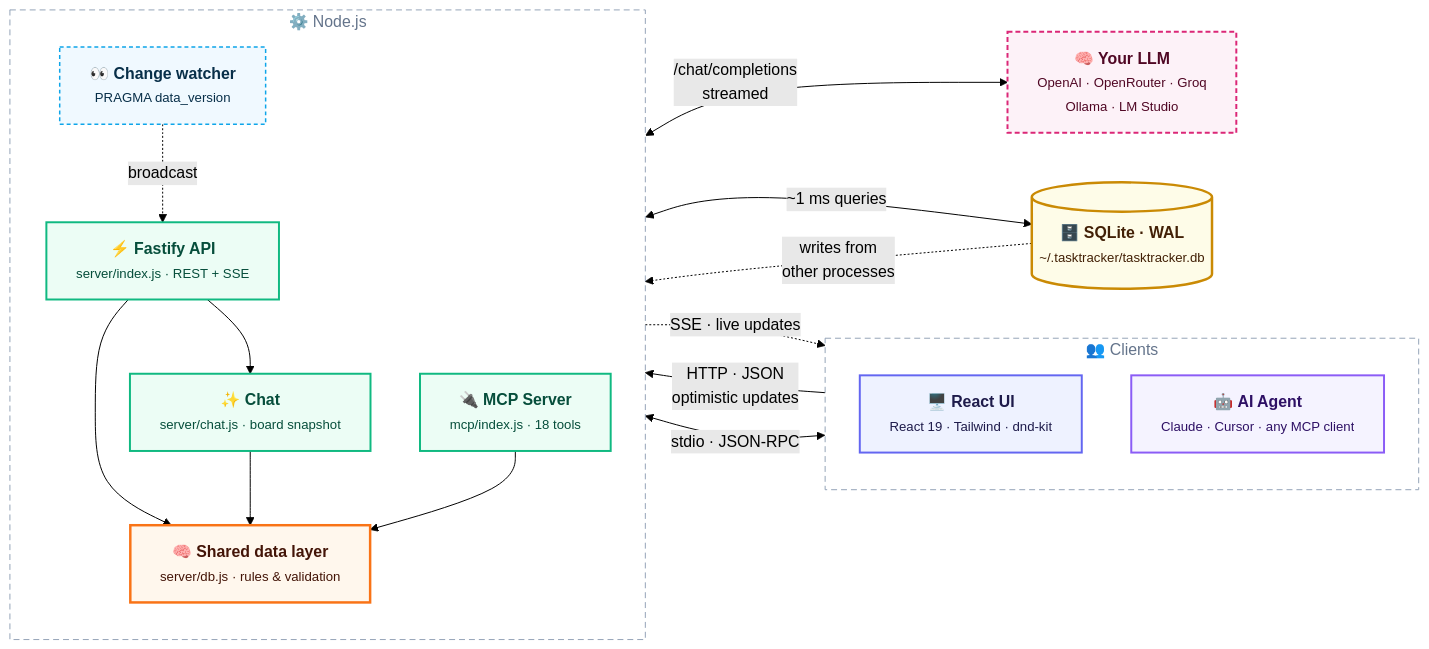
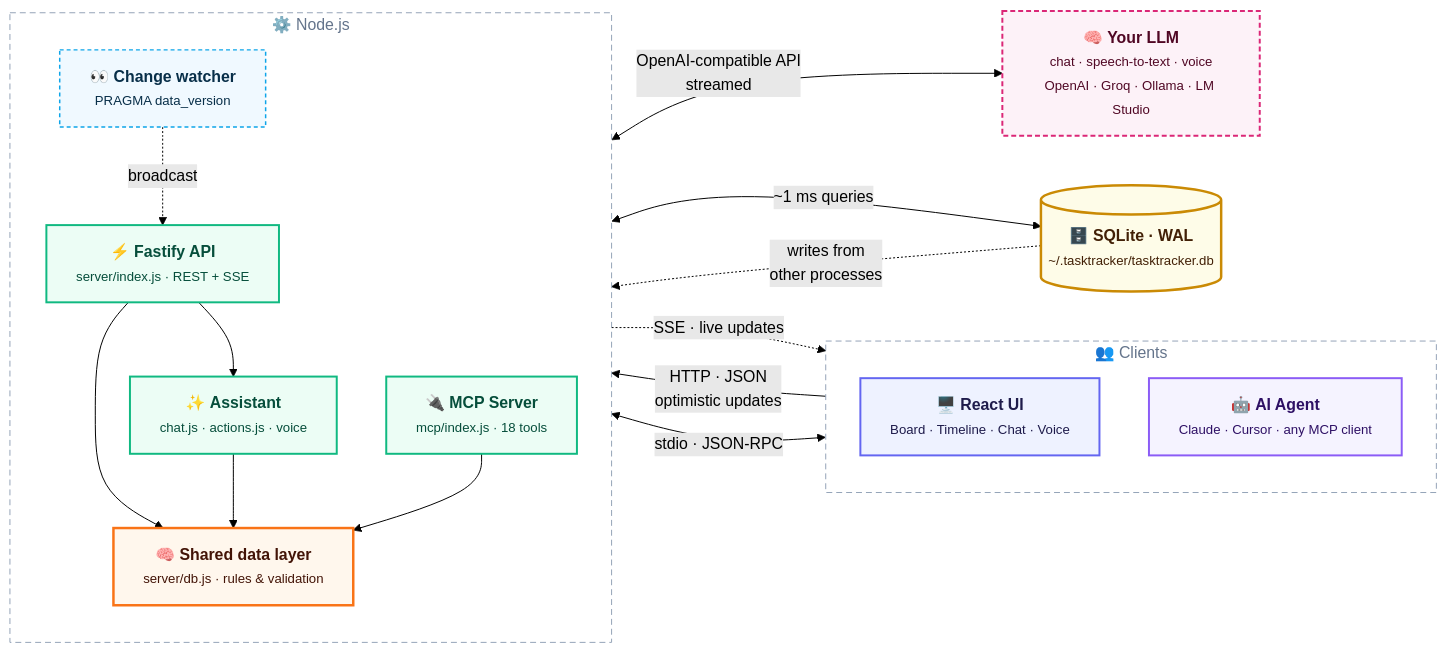
Before and after one commit to Parv17k/tasktracker: the first of 4 diagrams in README.md, drawn with Mermaid (forest theme). The commit also changed other lines of this file and 18 other files, not shown here.

Commit message:
README: AI assistant with voice and approvals, timeline, tags and priorities; fresh screenshots

````diff
--- a/README.md
+++ b/README.md
@@ -278,51 +291,51 @@
 ```mermaid
 flowchart LR
     subgraph clients["&nbsp;👥 Clients&nbsp;"]
         direction TB
-        UI["🖥️ <b>React UI</b><br/><small>React 19 · Tailwind · dnd-kit</small>"]
+        UI["🖥️ <b>React UI</b><br/><small>Board · Timeline · Chat · Voice</small>"]
         AGENT["🤖 <b>AI Agent</b><br/><small>Claude · Cursor · any MCP client</small>"]
     end
 
     subgraph node["&nbsp;⚙️ Node.js&nbsp;"]
         direction TB
         API["⚡ <b>Fastify API</b><br/><small>server/index.js · REST + SSE</small>"]
-        CHAT["✨ <b>Chat</b><br/><small>server/chat.js · board snapshot</small>"]
+        CHAT["✨ <b>Assistant</b><br/><small>chat.js · actions.js · voice</small>"]
         MCP["🔌 <b>MCP Server</b><br/><small>mcp/index.js · 18 tools</small>"]
         CORE["🧠 <b>Shared data layer</b><br/><small>server/db.js · rules &amp; validation</small>"]
         WATCH["👀 <b>Change watcher</b><br/><small>PRAGMA data_version</small>"]
     end
 
     DB[("🗄️ <b>SQLite · WAL</b><br/><small>~/.tasktracker/tasktracker.db</small>")]
-    LLM["🧠 <b>Your LLM</b><br/><small>OpenAI · OpenRouter · Groq<br/>Ollama · LM Studio</small>"]
+    LLM["🧠 <b>Your LLM</b><br/><small>chat · speech-to-text · voice<br/>OpenAI · Groq · Ollama · LM Studio</small>"]
 
     UI -->|"HTTP · JSON<br/>optimistic updates"| API
     API -.->|"SSE · live updates"| UI
     AGENT <-->|"stdio · JSON-RPC"| MCP
     API --> CORE
     API --> CHAT
     CHAT --> CORE
-    CHAT <-->|"/chat/completions<br/>streamed"| LLM
+    CHAT <-->|"OpenAI-compatible API<br/>streamed"| LLM
     MCP --> CORE
     CORE <-->|"~1 ms queries"| DB
     DB -.->|"writes from<br/>other processes"| WATCH
     WATCH -.->|"broadcast"| API
 
     classDef client fill:#eef2ff,stroke:#6366f1,stroke-width:2px,color:#1e1b4b
     classDef agent fill:#f5f3ff,stroke:#8b5cf6,stroke-width:2px,color:#2e1065
     classDef server fill:#ecfdf5,stroke:#10b981,stroke-width:2px,color:#064e3b
     classDef core fill:#fff7ed,stroke:#f97316,stroke-width:2.5px,color:#431407
     classDef watch fill:#f0f9ff,stroke:#0ea5e9,stroke-width:1.5px,stroke-dasharray:4 3,color:#082f49
     classDef db fill:#fefce8,stroke:#ca8a04,stroke-width:2.5px,color:#422006
     classDef llm fill:#fdf2f8,stroke:#db2777,stroke-width:2px,stroke-dasharray:5 3,color:#500724
 
     class UI client
     class AGENT agent
     class API,MCP,CHAT server
     class CORE core
     class WATCH watch
     class DB db
     class LLM llm
 
     style clients fill:transparent,stroke:#94a3b8,stroke-width:1px,stroke-dasharray:6 4,color:#64748b
     style node fill:transparent,stroke:#94a3b8,stroke-width:1px,stroke-dasharray:6 4,color:#64748b
 ```
````
